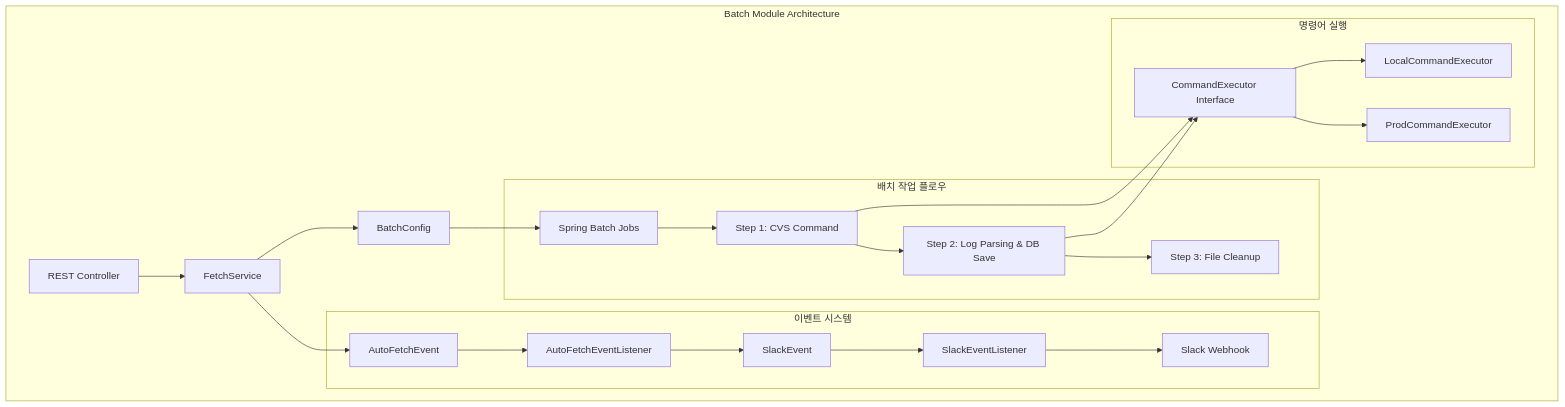
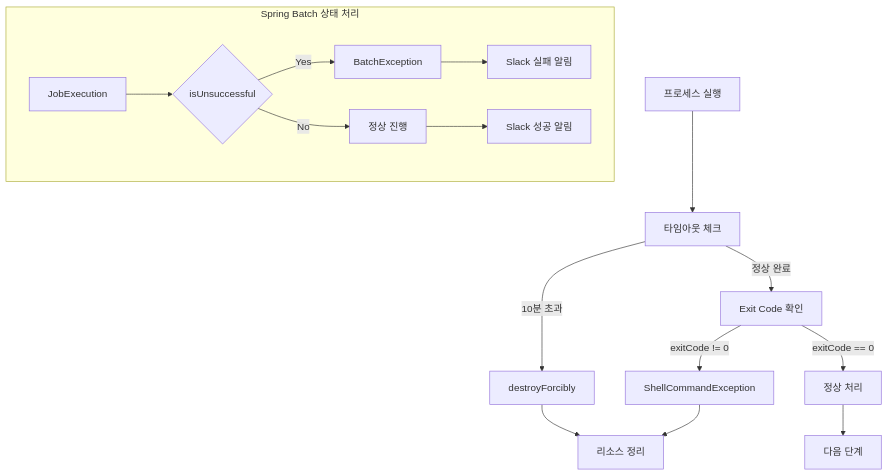
Before and after one commit to YeonsangYoon/cvslog: the ninth of 10 diagrams in README.md, drawn with Mermaid. The commit also changed other lines of this file, not shown here.

Commit message:
[Docs] README 수정 및 시스템 아키텍처 섹션 추가, 주요 기능 및 모듈 설명 업데이트

````diff
--- a/README.md
+++ b/README.md
@@ -133,33 +475,21 @@
 ```mermaid
-graph TB
-    subgraph "Batch Module Architecture"
-        A[REST Controller] --> B[FetchService]
-        B --> C[BatchConfig]
-        C --> D[Spring Batch Jobs]
-        
-        subgraph "배치 작업 플로우"
-            D --> E[Step 1: CVS Command]
-            E --> F[Step 2: Log Parsing & DB Save]
-            F --> G[Step 3: File Cleanup]
-        end
-        
-        subgraph "이벤트 시스템"
-            H[AutoFetchEvent] --> I[AutoFetchEventListener]
-            I --> J[SlackEvent]
-            J --> K[SlackEventListener]
-            K --> L[Slack Webhook]
-        end
-        
-        subgraph "명령어 실행"
-            M[CommandExecutor Interface]
-            N[LocalCommandExecutor]
-            O[ProdCommandExecutor]
-            M --> N
-            M --> O
-        end
-        
-        B --> H
-        E --> M
-        F --> M
+flowchart TD
+    A[프로세스 실행] --> B[타임아웃 체크]
+    B -->|10분 초과| C[destroyForcibly]
+    B -->|정상 완료| D[Exit Code 확인]
+    
+    D -->|exitCode != 0| E[ShellCommandException]
+    D -->|exitCode == 0| F[정상 처리]
+    
+    C --> G[리소스 정리]
+    E --> G
+    F --> H[다음 단계]
+    
+    subgraph SB [Spring Batch 상태 처리]
+        I[JobExecution] --> J{isUnsuccessful}
+        J -->|Yes| K[BatchException]
+        J -->|No| L[정상 진행]
+        K --> M[Slack 실패 알림]
+        L --> N[Slack 성공 알림]
     end
 ```
````
